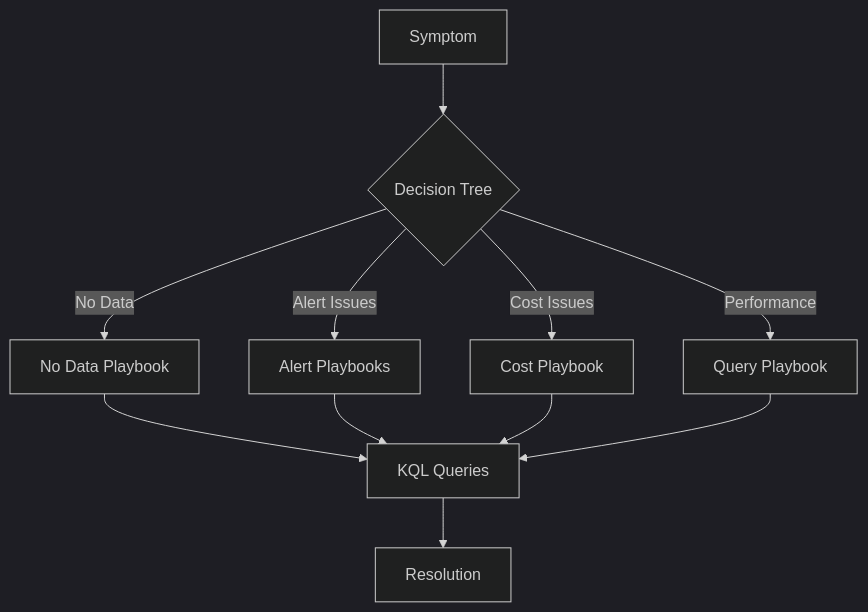
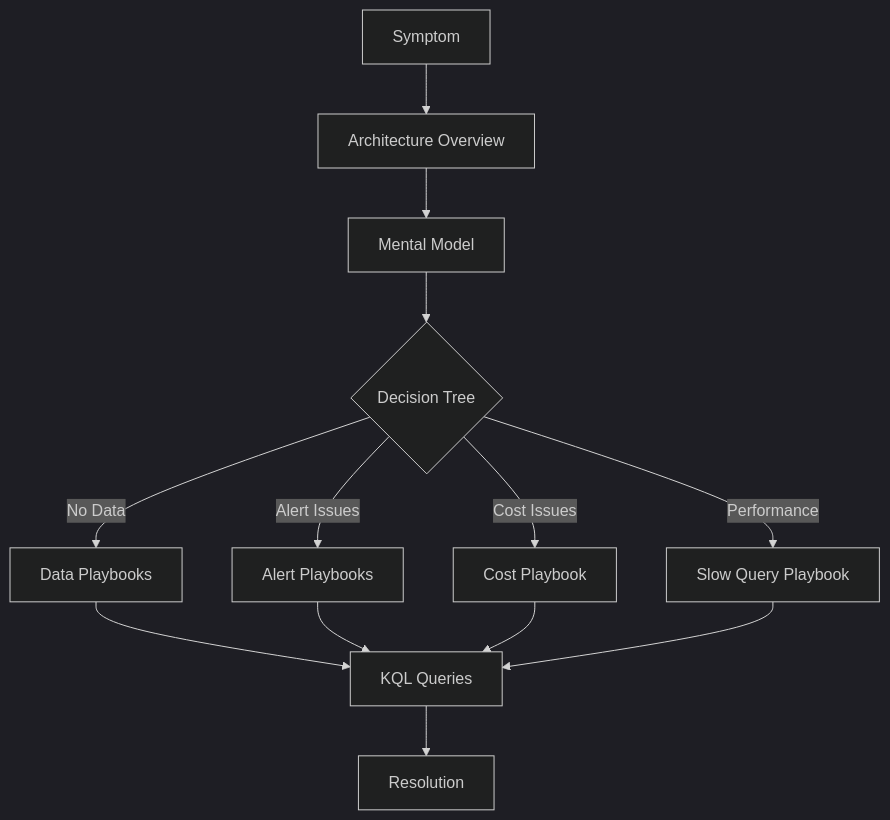
The diagram in docs/troubleshooting/index.md (yeongseon/azure-monitoring-practical-guide), drawn with Mermaid (dark theme) before and after one commit. The commit also changed other lines of this file and 50 other files, not shown here.

````diff
--- a/docs/troubleshooting/index.md
+++ b/docs/troubleshooting/index.md
@@ -5,11 +5,12 @@
 ```mermaid
-graph TB
-    A[Symptom] --> B{Decision Tree}
-    B -->|No Data| C[No Data Playbook]
-    B -->|Alert Issues| D[Alert Playbooks]
-    B -->|Cost Issues| E[Cost Playbook]
-    B -->|Performance| F[Query Playbook]
-    
-    C & D & E & F --> G[KQL Queries]
-    G --> H[Resolution]
+graph TD
+    A[Symptom] --> B[Architecture Overview]
+    B --> C[Mental Model]
+    C --> D{Decision Tree}
+    D -->|No Data| E[Data Playbooks]
+    D -->|Alert Issues| F[Alert Playbooks]
+    D -->|Cost Issues| G[Cost Playbook]
+    D -->|Performance| H[Slow Query Playbook]
+    E & F & G & H --> I[KQL Queries]
+    I --> J[Resolution]
 ```
````
